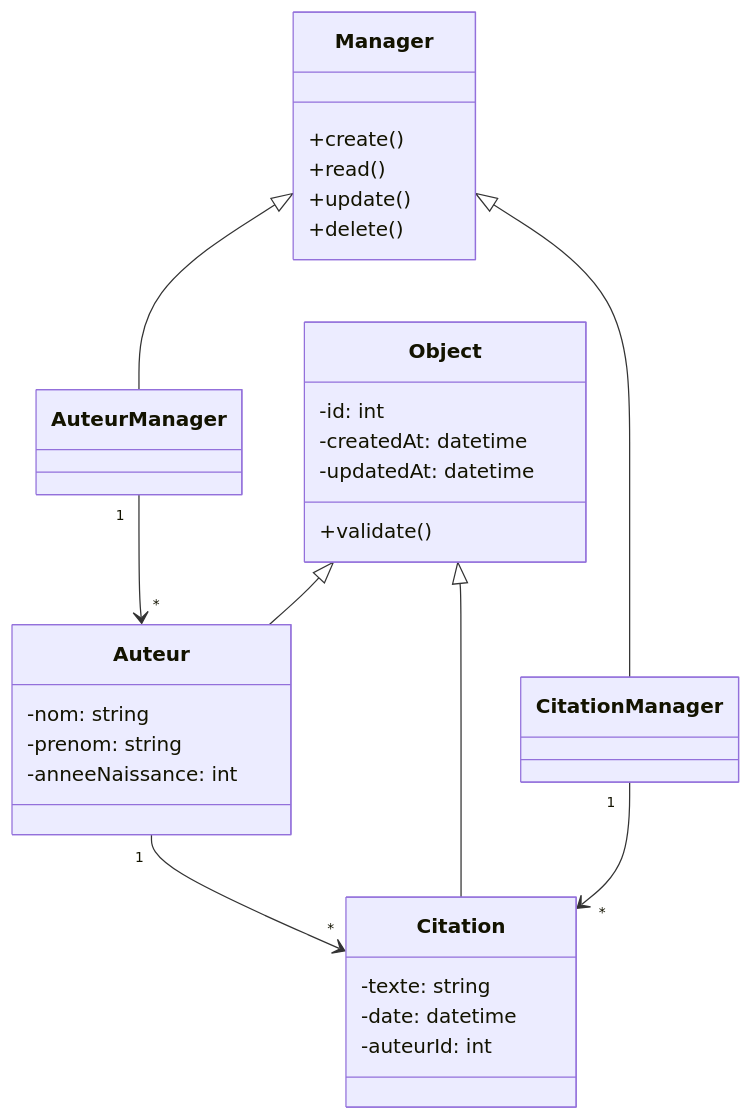
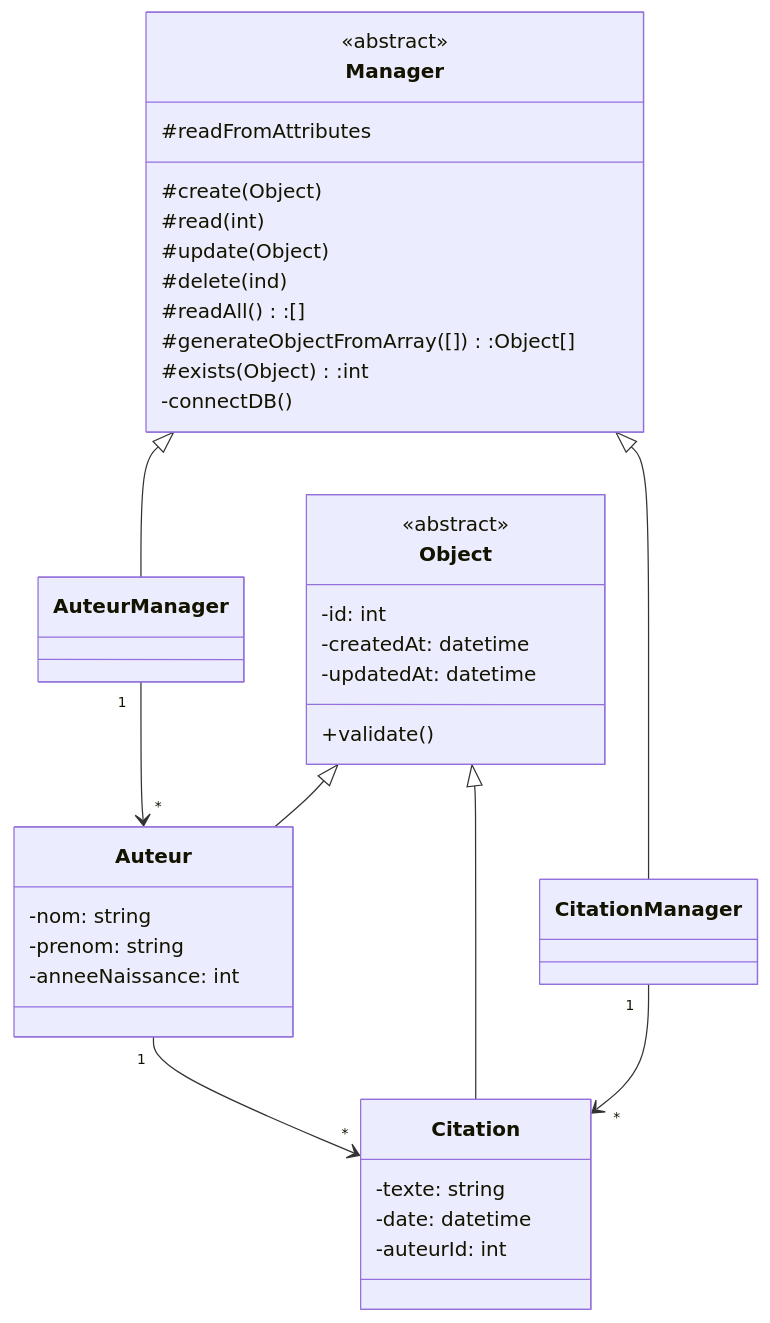
Before and after one commit to felp99/CitationSysteme: the diagram in README.md, drawn with Mermaid. The commit also changed other lines of this file and 6 other files, not shown here.

````diff
--- a/README.md
+++ b/README.md
@@ -11,43 +18,50 @@
 ```mermaid
 classDiagram
       class Manager {
-          +create()
-          +read()
-          +update()
-          +delete()
+        <<abstract>>
+          #create(Object)
+          #read(int)
+          #readFromAttributes
+          #update(Object)
+          #delete(ind)
+          #readAll():[]
+          #generateObjectFromArray([]):Object[]
+          #exists(Object):int
+          -connectDB()
       }
       class AuteurManager {
       }
       class CitationManager {
       }
 
       class Object {
+        <<abstract>>
           -id: int
           -createdAt: datetime
           -updatedAt: datetime
           +validate()
       }
       class Auteur {
           -nom: string
           -prenom: string
           -anneeNaissance: int
       }
       class Citation {
           -texte: string
           -date: datetime
           -auteurId: int
       }
 
       Object <|-- Auteur
       Object <|-- Citation
 
       Manager <|-- AuteurManager
       Manager <|-- CitationManager
 
       AuteurManager "1" --> "*" Auteur
       CitationManager "1" --> "*" Citation
 
       Auteur "1" --> "*" Citation
 
     
 ```
````
